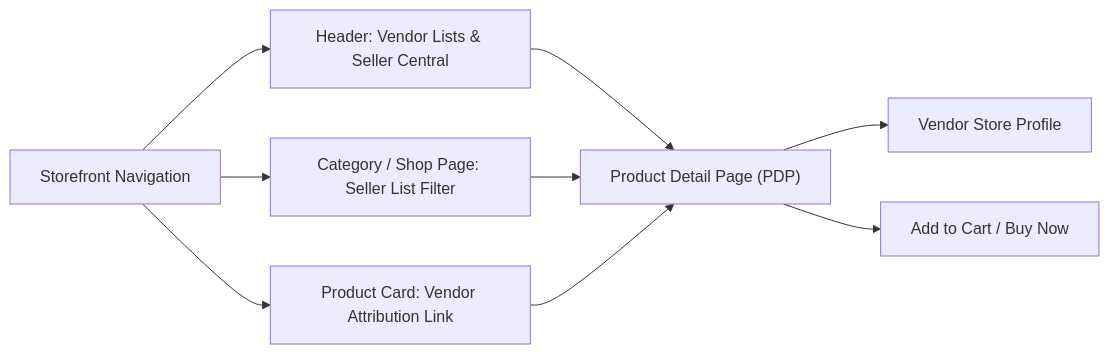
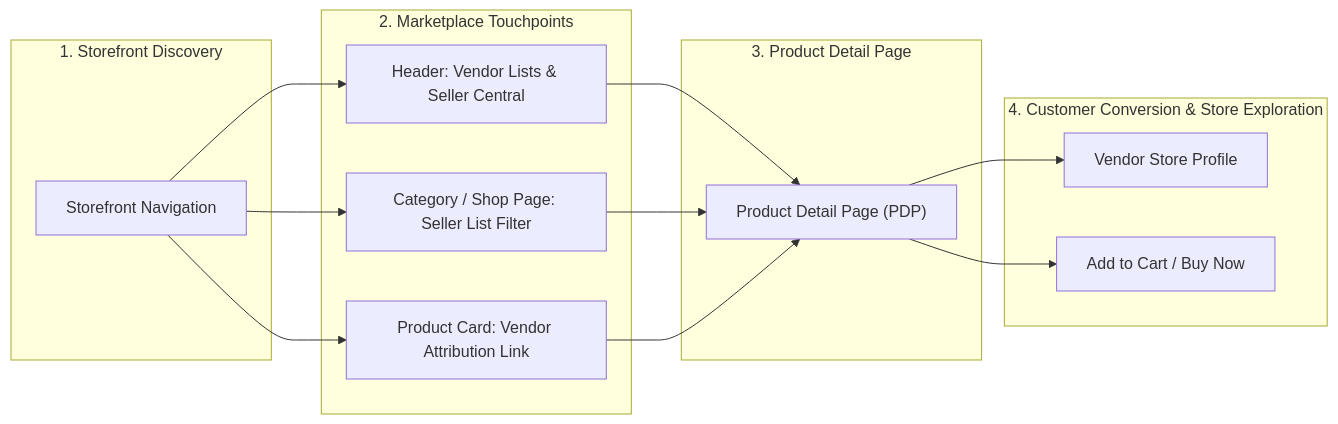
Before and after one commit to webkul/wordpress-docs: the diagram in woocommerce-marketplace/documentation/customer-pdp.html.md, drawn with Mermaid. The commit also changed 353 other files, not shown here.

````diff
--- a/woocommerce-marketplace/documentation/customer-pdp.html.md
+++ b/woocommerce-marketplace/documentation/customer-pdp.html.md
@@ -20,11 +20,35 @@
 ```mermaid
 flowchart LR
-    A["Storefront Navigation"] --> B["Header: Vendor Lists & Seller Central"]
-    A --> C["Category / Shop Page: Seller List Filter"]
-    A --> D["Product Card: Vendor Attribution Link"]
-    B --> E["Product Detail Page (PDP)"]
+    subgraph Entry ["1. Storefront Discovery"]
+        A["Storefront Navigation"]
+    end
+
+    subgraph Touchpoints ["2. Marketplace Touchpoints"]
+        B["Header: Vendor Lists & Seller Central"]
+        C["Category / Shop Page: Seller List Filter"]
+        D["Product Card: Vendor Attribution Link"]
+    end
+
+    subgraph PDP ["3. Product Detail Page"]
+        E["Product Detail Page (PDP)"]
+    end
+
+    subgraph Actions ["4. Customer Conversion & Store Exploration"]
+        F["Vendor Store Profile"]
+        G["Add to Cart / Buy Now"]
+    end
+
+    A --> B
+    A --> C
+    A --> D
+    B --> E
     C --> E
     D --> E
-    E --> F["Vendor Store Profile"]
-    E --> G["Add to Cart / Buy Now"]
+    E --> F
+    E --> G
+
+    class A entry;
+    class B,C,D filter;
+    class E grid;
+    class F,G dest;
 ```
````
